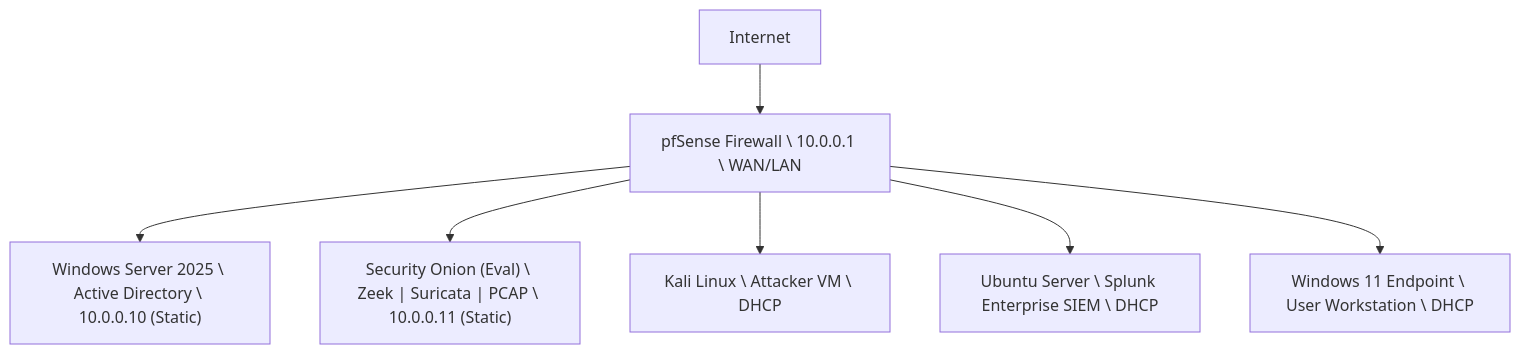
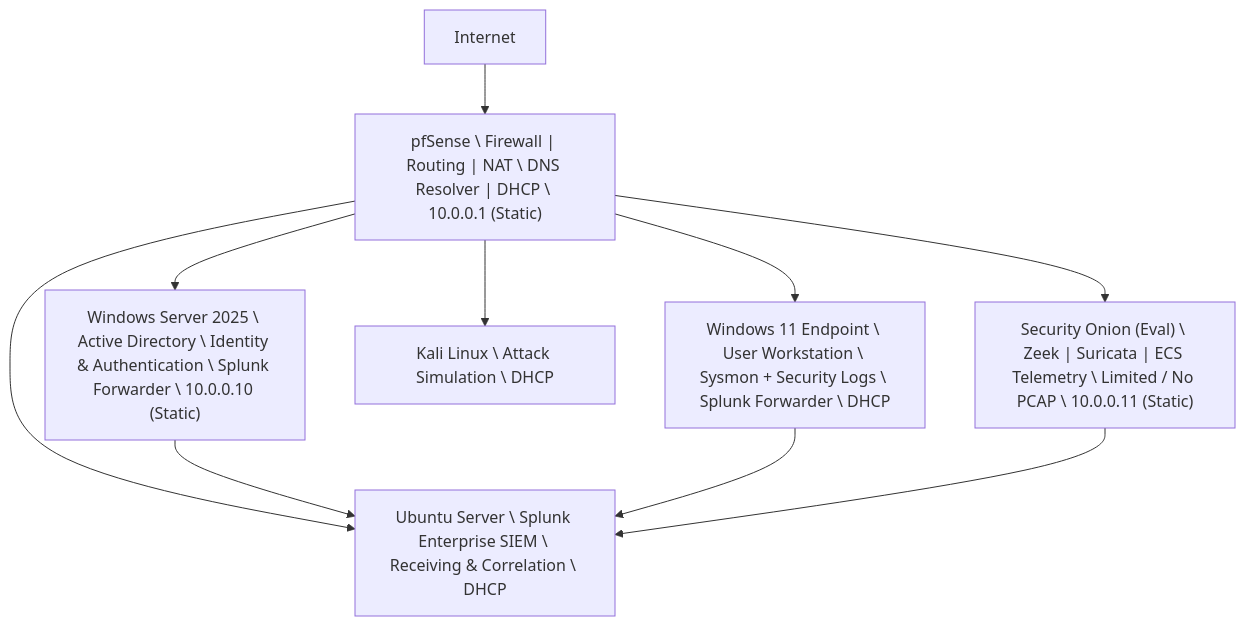
Before and after one commit to espcarlo27-byte/jce-cyber-lab: the diagram in architecture/network-topology.md, drawn with Mermaid. The commit also changed other lines of this file, not shown here.

````diff
--- a/architecture/network-topology.md
+++ b/architecture/network-topology.md
@@ -26,20 +26,24 @@
 ```mermaid
 flowchart TB
     Internet["Internet"]
 
-    pfSense["pfSense Firewall \ 10.0.0.1 \ WAN/LAN"]
+    pfSense["pfSense \ Firewall | Routing | NAT \ DNS Resolver | DHCP \ 10.0.0.1 (Static)"]
 
-    AD["Windows Server 2025 \ Active Directory \ 10.0.0.10 (Static)"]
-    SO["Security Onion (Eval) \ Zeek | Suricata | PCAP \ 10.0.0.11 (Static)"]
-    Kali["Kali Linux \ Attacker VM \ DHCP"]
-    Splunk["Ubuntu Server \ Splunk Enterprise SIEM \ DHCP"]
-    Win11["Windows 11 Endpoint \ User Workstation \ DHCP"]
+    AD["Windows Server 2025 \ Active Directory \ Identity & Authentication \ Splunk Forwarder \ 10.0.0.10 (Static)"]
+    SO["Security Onion (Eval) \ Zeek | Suricata | ECS Telemetry \ Limited / No PCAP \ 10.0.0.11 (Static)"]
+    Kali["Kali Linux \ Attack Simulation \ DHCP"]
+    Splunk["Ubuntu Server \ Splunk Enterprise SIEM \ Receiving & Correlation \ DHCP"]
+    Win11["Windows 11 Endpoint \ User Workstation \ Sysmon + Security Logs \ Splunk Forwarder \ DHCP"]
 
     Internet --> pfSense
 
     pfSense --> AD
     pfSense --> SO
     pfSense --> Kali
     pfSense --> Splunk
     pfSense --> Win11
+
+    AD --> Splunk
+    Win11 --> Splunk
+    SO --> Splunk
 ```
````
